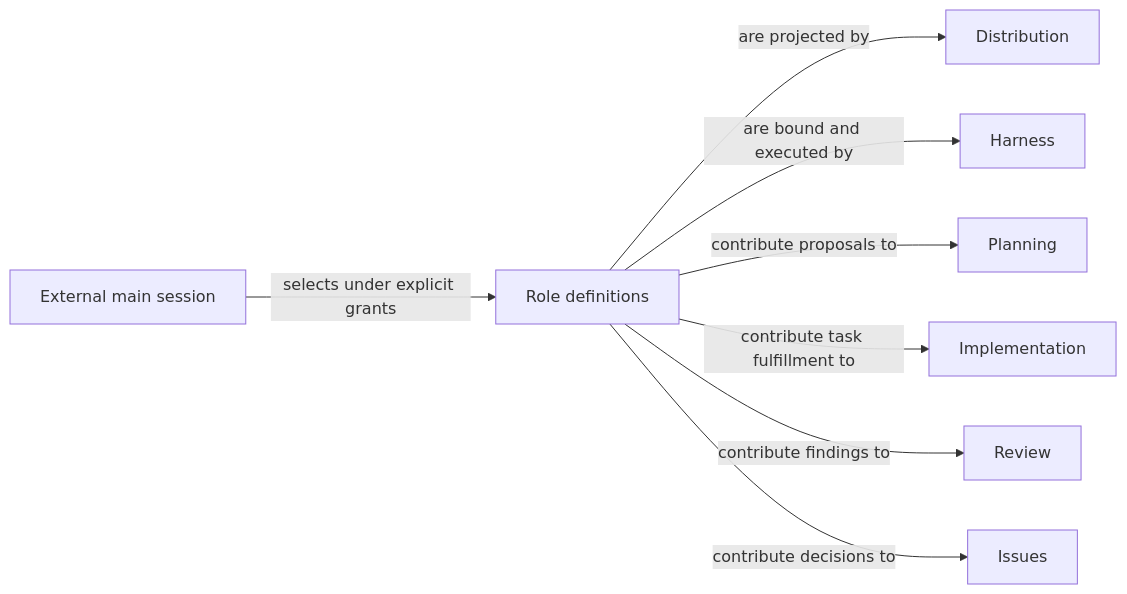
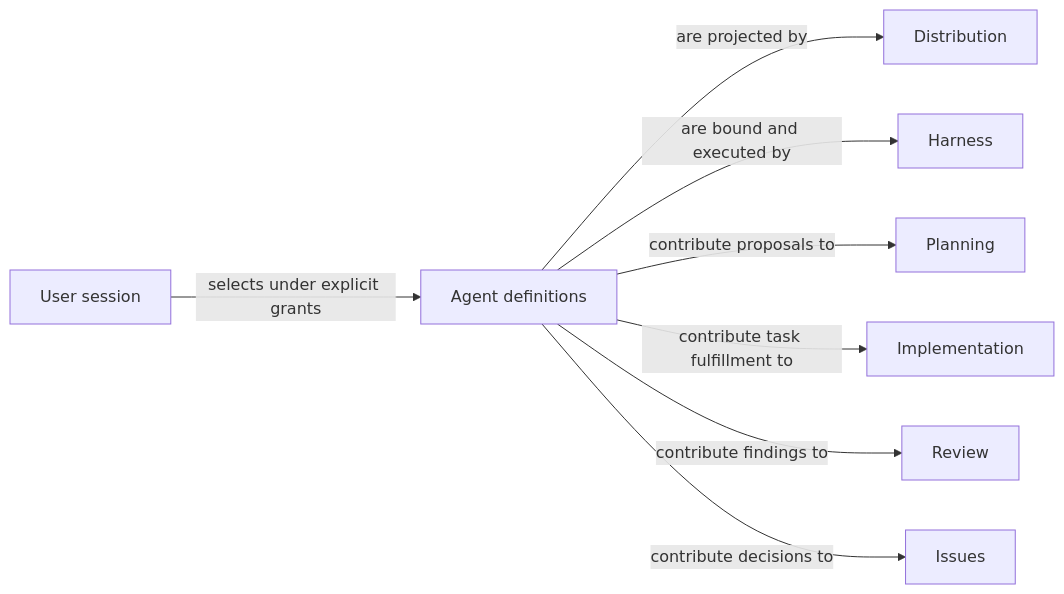
One commit to FTOD/concorde changed the diagram in specs/concorde/agents/module.md. Above: the diagram before and after it, drawn with Mermaid. The commit also changed other lines of this file and 101 other files, not shown here.

First line of the commit message:
Migrate session and Agent terminology: user session, Task subagent, Agent

````diff
--- a/specs/concorde/agents/module.md
+++ b/specs/concorde/agents/module.md
@@ -43,20 +44,20 @@
 ```mermaid
 flowchart LR
     accTitle: Agent definition and execution ownership
-    accDescr: Agents supplies definitions to Distribution and Harness; business Modules define accepted outcomes and external main selects task roles.
-    definitions["Role definitions"]
-    main["External main session"]
+    accDescr: Agents supplies definitions to Distribution and Harness; business Modules define accepted outcomes and the user session selects Task subagents.
+    definitions["Agent definitions"]
+    user["User session"]
     distribution["Distribution"]
     harness["Harness"]
     planning["Planning"]
     implementation["Implementation"]
     review["Review"]
     issues["Issues"]
-    main -->|selects under explicit grants| definitions
+    user -->|selects under explicit grants| definitions
     definitions -->|are projected by| distribution
     definitions -->|are bound and executed by| harness
     definitions -->|contribute proposals to| planning
     definitions -->|contribute task fulfillment to| implementation
     definitions -->|contribute findings to| review
     definitions -->|contribute decisions to| issues
 ```
````
